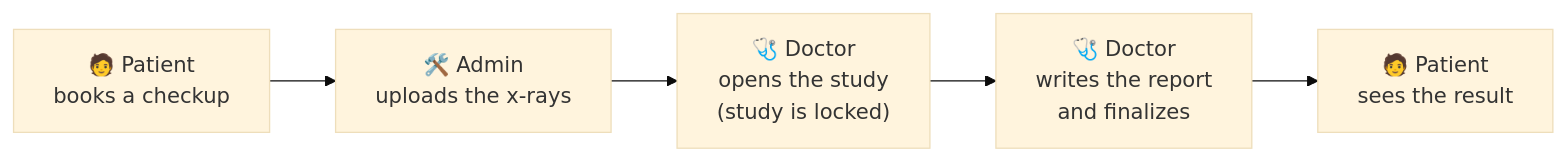
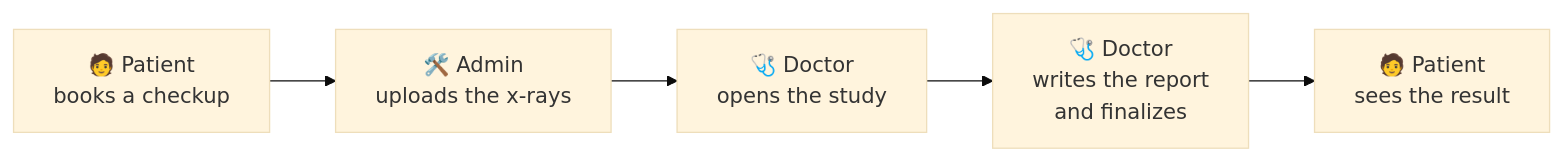
Before and after one commit to loitph/MediView: the first of 3 diagrams in README.md, drawn with Mermaid (base theme). The commit also changed other lines of this file and 39 other files, not shown here.

````diff
--- a/README.md
+++ b/README.md
@@ -11,7 +11,7 @@
 ```mermaid
 flowchart LR
     P1["🧑 Patient<br/>books a checkup"] --> A["🛠️ Admin<br/>uploads the x-rays"]
-    A --> D1["🩺 Doctor<br/>opens the study<br/>(study is locked)"]
+    A --> D1["🩺 Doctor<br/>opens the study"]
     D1 --> D2["🩺 Doctor<br/>writes the report<br/>and finalizes"]
     D2 --> P2["🧑 Patient<br/>sees the result"]
 ```
````
